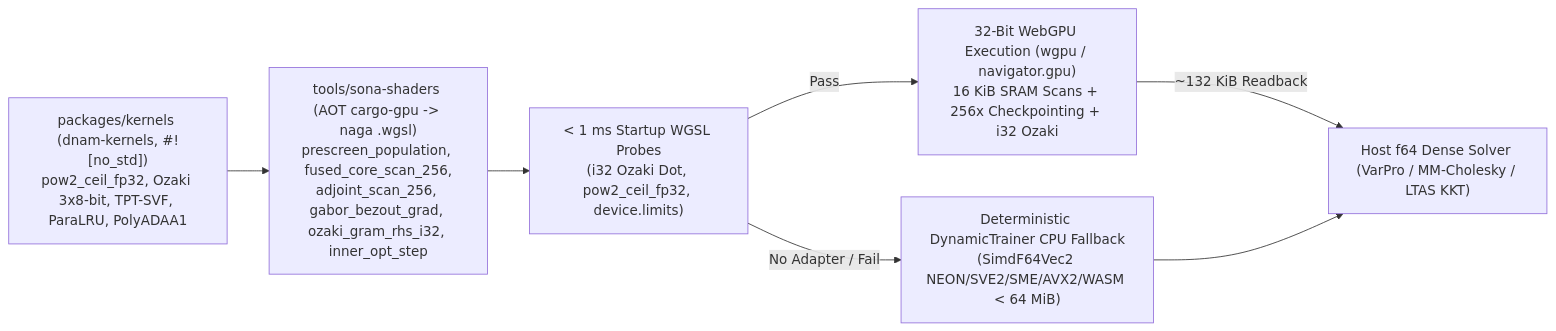
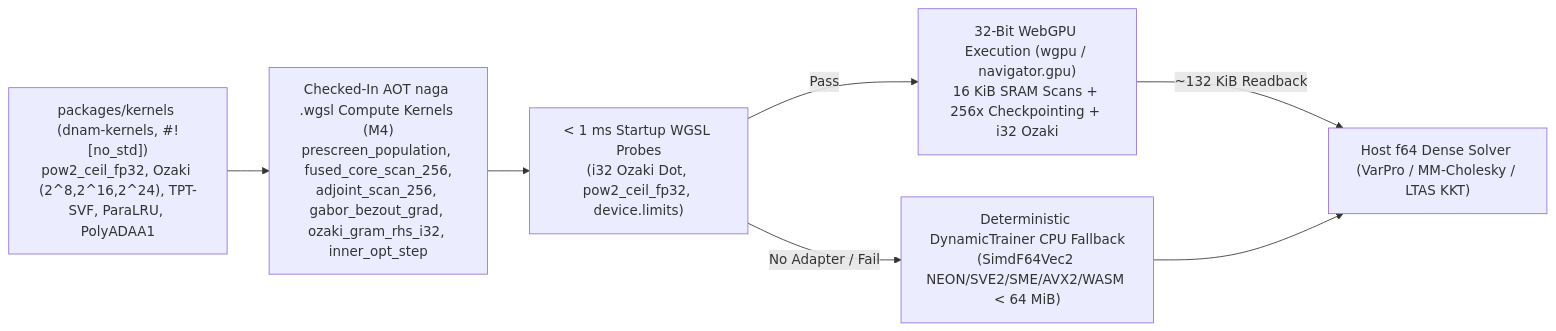
The second of 2 diagrams in docs/specs/training/four_stage_pipeline.md (mokugen/dnam), drawn with Mermaid before and after one commit. The commit also changed other lines of this file and 19 other files, not shown here.

Commit message:
docs(specs): tighten SONA v3.0 and WebGPU specs for clean-room implementability

````diff
--- a/docs/specs/training/four_stage_pipeline.md
+++ b/docs/specs/training/four_stage_pipeline.md
@@ -108,9 +108,9 @@
 ```mermaid
 flowchart LR
-    Kernels["packages/kernels (dnam-kernels, #![no_std])<br/>pow2_ceil_fp32, Ozaki 3x8-bit, TPT-SVF, ParaLRU, PolyADAA1"] --> Shaders["tools/sona-shaders (AOT cargo-gpu -> naga .wgsl)<br/>prescreen_population, fused_core_scan_256,<br/>adjoint_scan_256, gabor_bezout_grad, ozaki_gram_rhs_i32, inner_opt_step"]
+    Kernels["packages/kernels (dnam-kernels, #![no_std])<br/>pow2_ceil_fp32, Ozaki (2^8,2^16,2^24), TPT-SVF, ParaLRU, PolyADAA1"] --> Shaders["Checked-In AOT naga .wgsl Compute Kernels (M4)<br/>prescreen_population, fused_core_scan_256,<br/>adjoint_scan_256, gabor_bezout_grad, ozaki_gram_rhs_i32, inner_opt_step"]
     Shaders --> Probe["< 1 ms Startup WGSL Probes<br/>(i32 Ozaki Dot, pow2_ceil_fp32, device.limits)"]
     Probe -->|"Pass"| GPU["32-Bit WebGPU Execution (wgpu / navigator.gpu)<br/>16 KiB SRAM Scans + 256x Checkpointing + i32 Ozaki"]
     Probe -->|"No Adapter / Fail"| CPU["Deterministic DynamicTrainer CPU Fallback<br/>(SimdF64Vec2 NEON/SVE2/SME/AVX2/WASM < 64 MiB)"]
     GPU -->|"~132 KiB Readback"| Host["Host f64 Dense Solver (VarPro / MM-Cholesky / LTAS KKT)"]
     CPU --> Host
 ```
````
